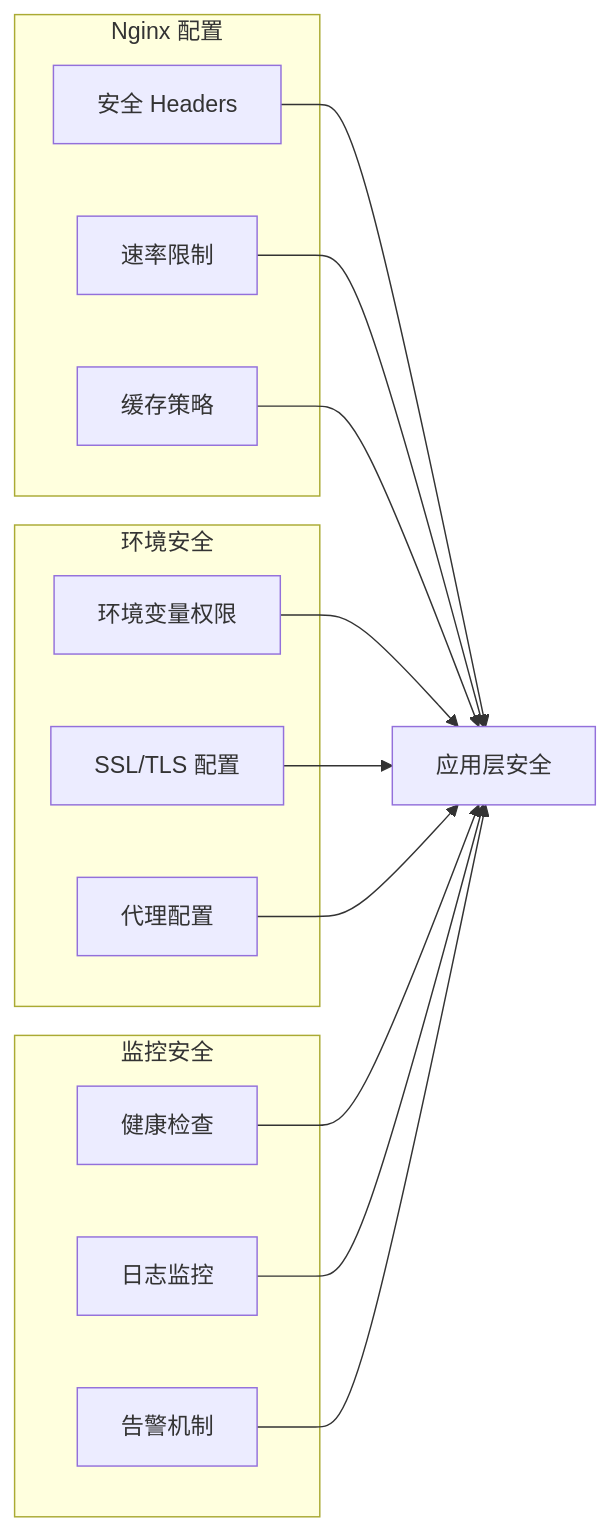
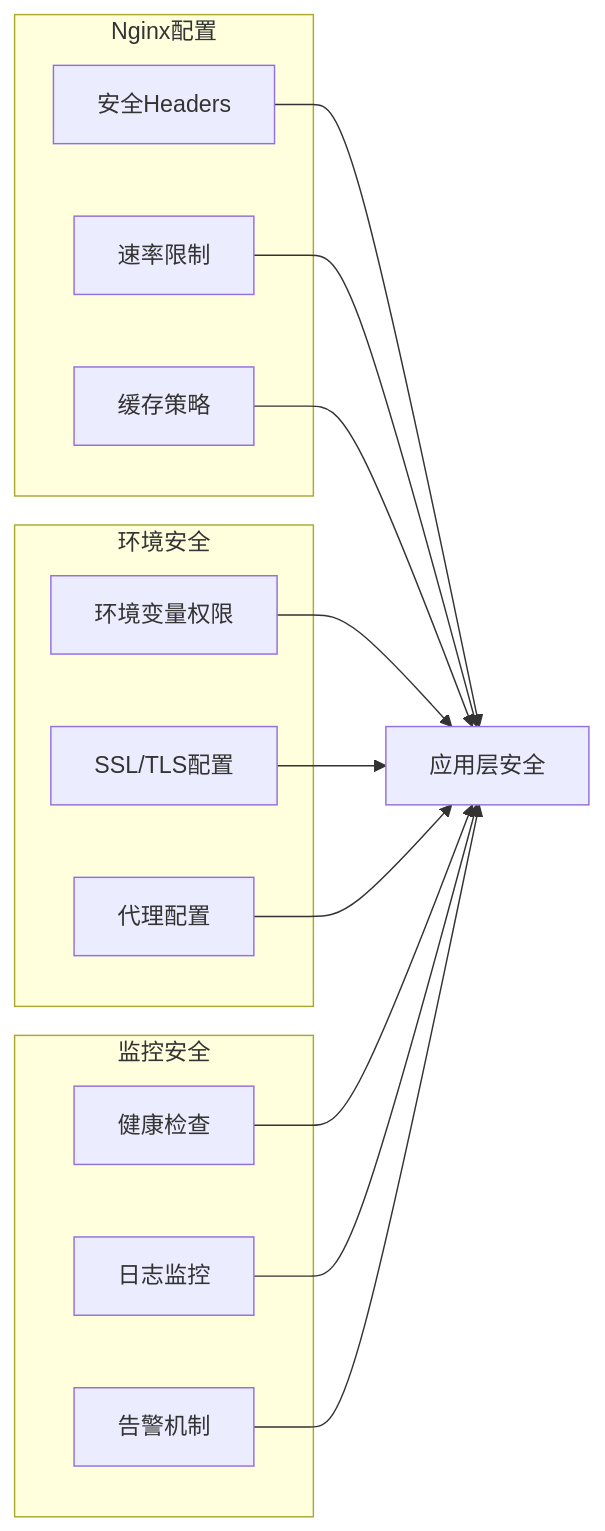
The ninth of 12 diagrams in .qoder/repowiki/zh/content/风险控制与安全/安全增强系统.md (CryptoLinxu/Web3-AI-Agent), drawn with Mermaid before and after one commit. The commit also changed other lines of this file and 11 other files, not shown here.

````diff
--- a/.qoder/repowiki/zh/content/风险控制与安全/安全增强系统.md
+++ b/.qoder/repowiki/zh/content/风险控制与安全/安全增强系统.md
@@ -299,27 +427,27 @@
 ```mermaid
 graph LR
-subgraph "Nginx 配置"
-Headers[安全 Headers]
+subgraph "Nginx配置"
+Headers[安全Headers]
 RateLimit[速率限制]
 Cache[缓存策略]
 end
 subgraph "环境安全"
 Env[环境变量权限]
-SSL[SSL/TLS 配置]
+SSL[SSL/TLS配置]
 Proxy[代理配置]
 end
 subgraph "监控安全"
 Health[健康检查]
 Logs[日志监控]
 Alerts[告警机制]
 end
 Headers --> Security[应用层安全]
 RateLimit --> Security
 Cache --> Security
 Env --> Security
 SSL --> Security
 Proxy --> Security
 Health --> Security
 Logs --> Security
 Alerts --> Security
 ```
````
